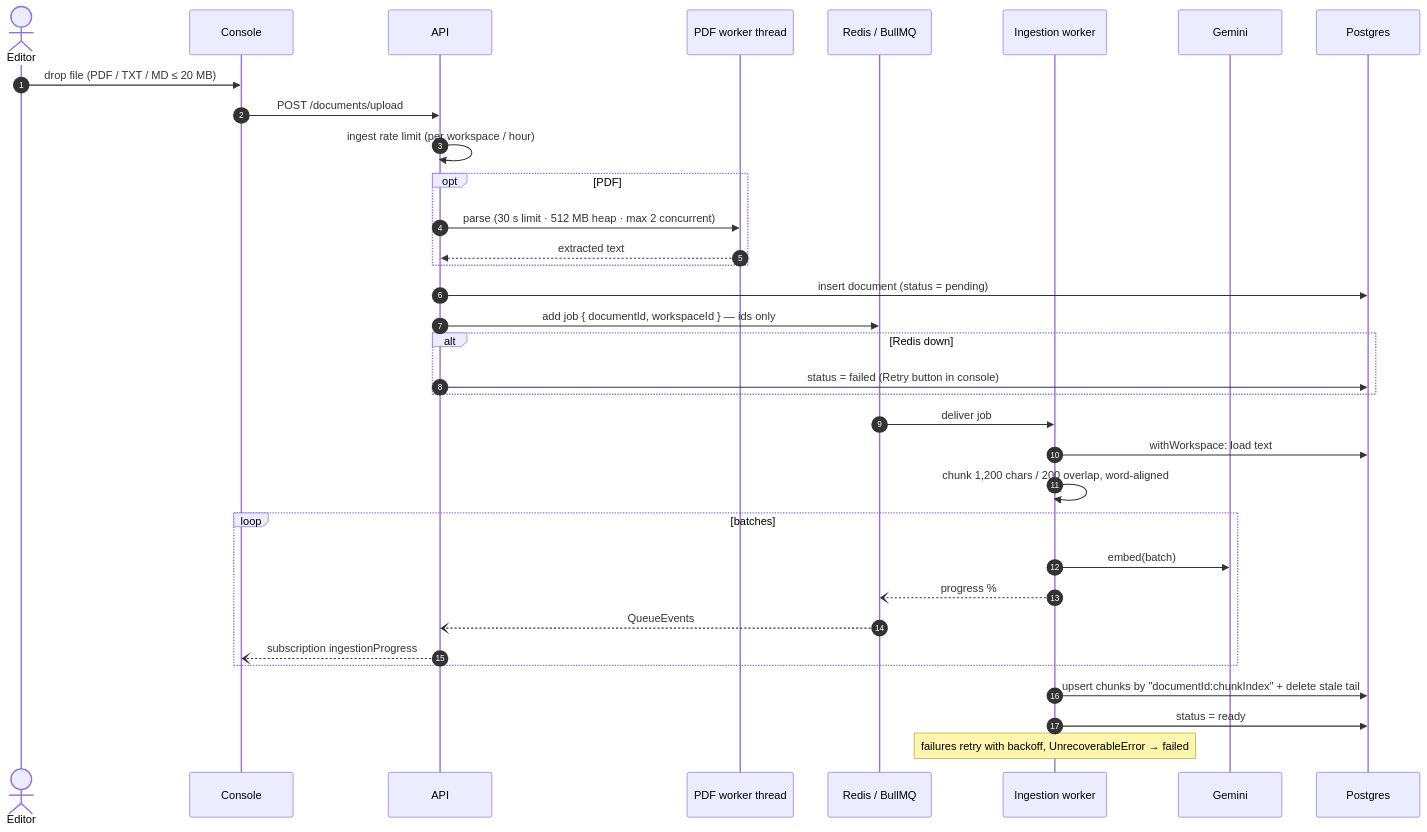
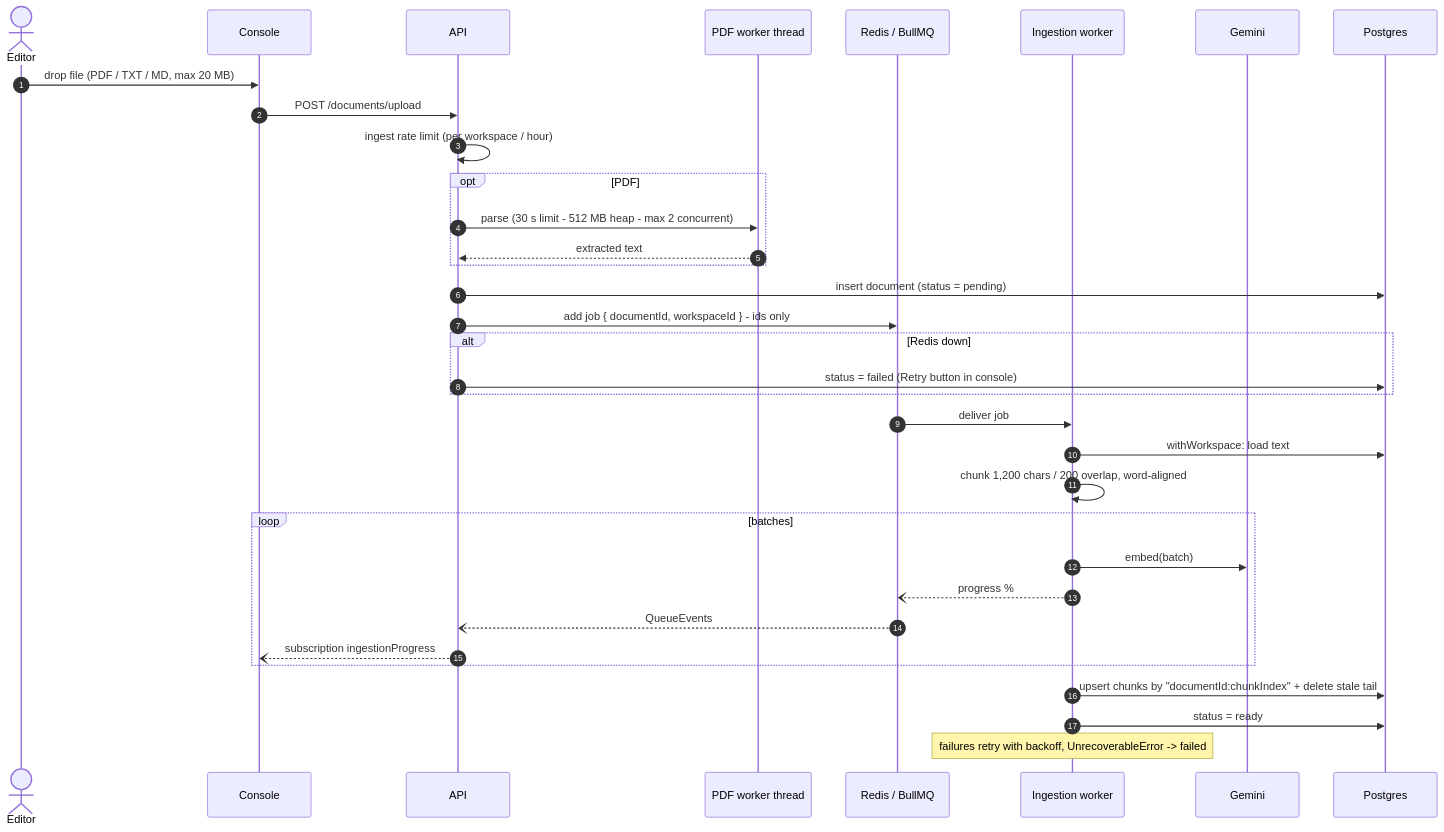
The eighth of 14 diagrams in docs/gist/omni-io-architecture.md (JawadulHadi/omni-io), drawn with Mermaid before and after one commit. The commit also changed other lines of this file, not shown here.

First line of the commit message:
docs(gist): make the architecture doc ASCII-only and drop the raw script tag

````diff
--- a/docs/gist/omni-io-architecture.md
+++ b/docs/gist/omni-io-architecture.md
@@ -302,37 +302,37 @@
 ```mermaid
 sequenceDiagram
   autonumber
   actor E as Editor
   participant C as Console
   participant A as API
   participant X as PDF worker thread
   participant Q as Redis / BullMQ
   participant W as Ingestion worker
   participant G as Gemini
   participant P as Postgres
 
-  E->>C: drop file (PDF / TXT / MD ≤ 20 MB)
+  E->>C: drop file (PDF / TXT / MD, max 20 MB)
   C->>A: POST /documents/upload
   A->>A: ingest rate limit (per workspace / hour)
   opt PDF
-    A->>X: parse (30 s limit · 512 MB heap · max 2 concurrent)
+    A->>X: parse (30 s limit - 512 MB heap - max 2 concurrent)
     X-->>A: extracted text
   end
   A->>P: insert document (status = pending)
-  A->>Q: add job { documentId, workspaceId } — ids only
+  A->>Q: add job { documentId, workspaceId } - ids only
   alt Redis down
     A->>P: status = failed (Retry button in console)
   end
   Q->>W: deliver job
   W->>P: withWorkspace: load text
   W->>W: chunk 1,200 chars / 200 overlap, word-aligned
   loop batches
     W->>G: embed(batch)
     W--)Q: progress %
     Q--)A: QueueEvents
     A--)C: subscription ingestionProgress
   end
   W->>P: upsert chunks by "documentId:chunkIndex" + delete stale tail
   W->>P: status = ready
-  Note over W: failures retry with backoff, UnrecoverableError → failed
+  Note over W: failures retry with backoff, UnrecoverableError -> failed
 ```
````
